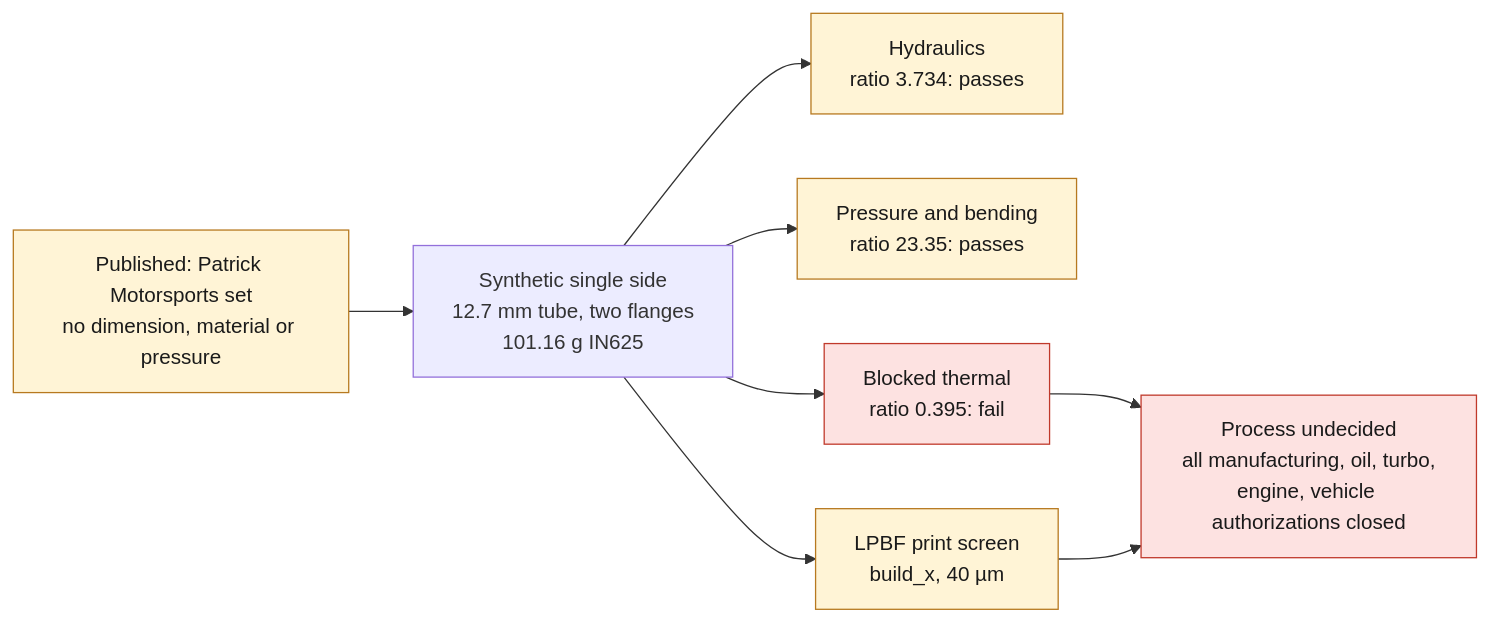
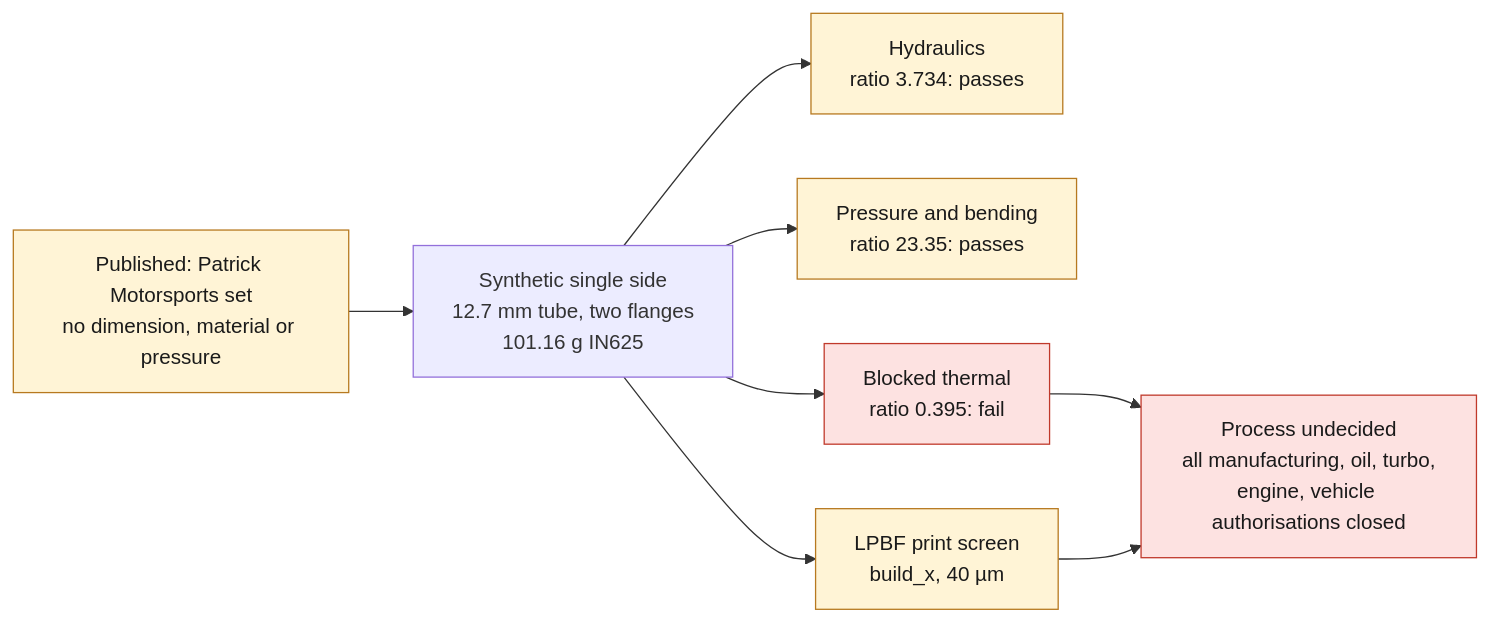
Before and after one commit to cluster2600/porscheparts: the diagram in docs/993/993_TURBO_OIL_RETURN_LINE_IN625_F0.md, drawn with Mermaid. The commit also changed other lines of this file and 480 other files, not shown here.

````diff
--- a/docs/993/993_TURBO_OIL_RETURN_LINE_IN625_F0.md
+++ b/docs/993/993_TURBO_OIL_RETURN_LINE_IN625_F0.md
@@ -18,16 +18,16 @@
 ```mermaid
 flowchart LR
   S["Published: Patrick Motorsports set<br/>no dimension, material or pressure"] --> G["Synthetic single side<br/>12.7 mm tube, two flanges<br/>101.16 g IN625"]
   G --> Hy["Hydraulics<br/>ratio 3.734: passes"]
   G --> Pr["Pressure and bending<br/>ratio 23.35: passes"]
   G --> T["Blocked thermal<br/>ratio 0.395: fail"]
   G --> P["LPBF print screen<br/>build_x, 40 µm"]
-  T --> V["Process undecided<br/>all manufacturing, oil, turbo,<br/>engine, vehicle authorizations closed"]
+  T --> V["Process undecided<br/>all manufacturing, oil, turbo,<br/>engine, vehicle authorisations closed"]
   P --> V
   class S open
   class Hy,Pr,P open
   class T,V stop
   classDef stop fill:#fde2e1,stroke:#c0392b,color:#1a1a1a;
   classDef ok fill:#e3f1e6,stroke:#2e7d32,color:#1a1a1a;
   classDef open fill:#fff4d6,stroke:#b7791f,color:#1a1a1a;
 ```
````
